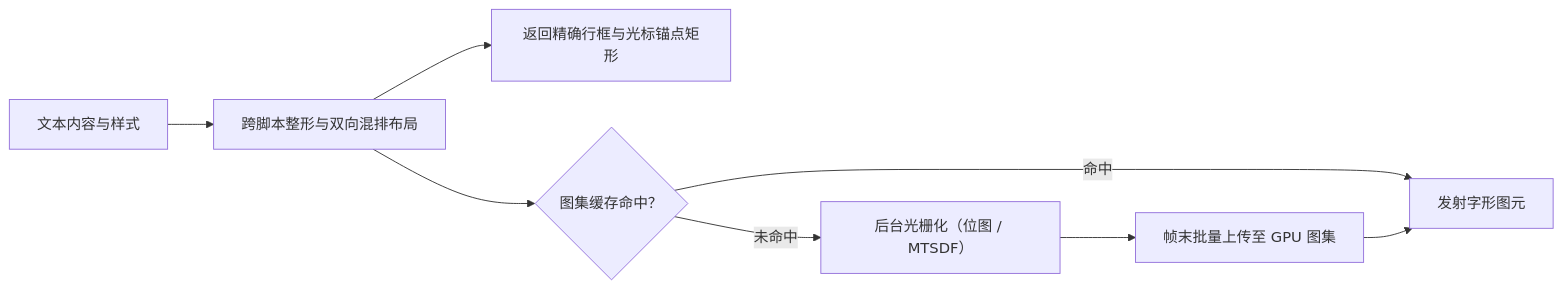
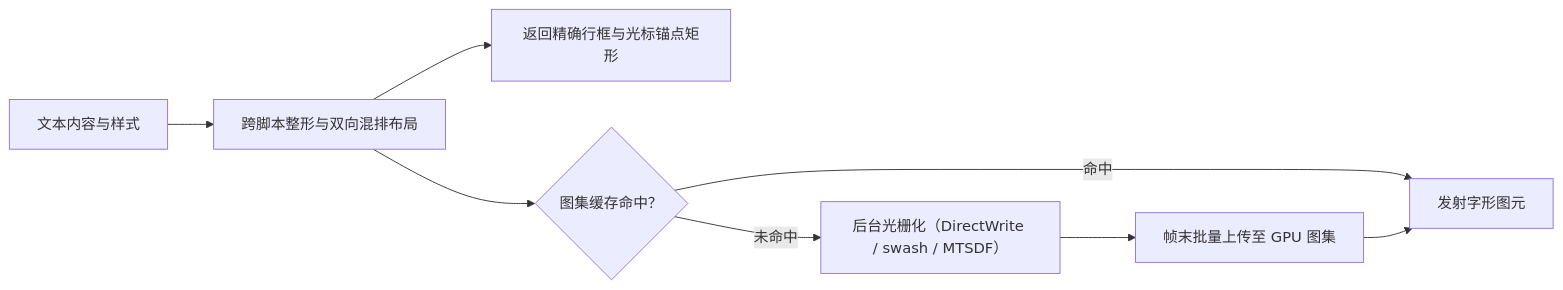
The diagram in docs/architecture/02-核心引擎（core-engine）/矢量与文本（text-and-vector）.md (pengjiaxusz/unbound-ui), drawn with Mermaid before and after one commit. The commit also changed other lines of this file and 6 other files, not shown here.

First line of the commit message:
feat(text): 默认启用 DirectWrite 字形光栅化

````diff
--- a/docs/architecture/02-核心引擎（core-engine）/矢量与文本（text-and-vector）.md
+++ b/docs/architecture/02-核心引擎（core-engine）/矢量与文本（text-and-vector）.md
@@ -13,10 +14,10 @@
 ```mermaid
 flowchart LR
     Text["文本内容与样式"] --> Shape["跨脚本整形与双向混排布局"]
     Shape --> Measure["返回精确行框与光标锚点矩形"]
     Shape --> Cache{"图集缓存命中？"}
-    Cache -- "未命中" --> Raster["后台光栅化（位图 / MTSDF）"]
+    Cache -- "未命中" --> Raster["后台光栅化（DirectWrite / swash / MTSDF）"]
     Raster --> Batch["帧末批量上传至 GPU 图集"]
     Cache -- "命中" --> Emit["发射字形图元"]
     Batch --> Emit
 ```
````
